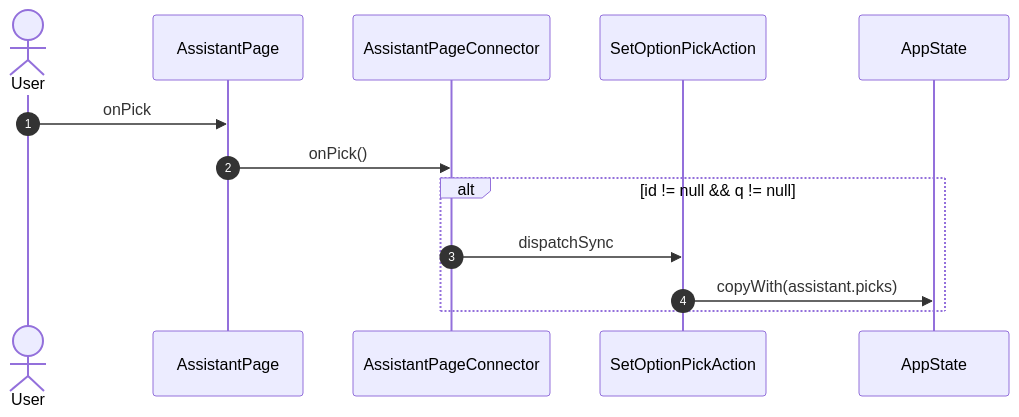
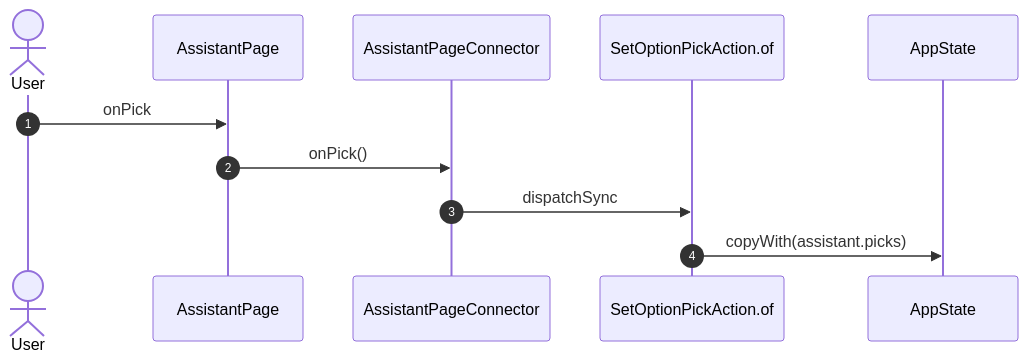
Before and after one commit to gencto/wyrm: the second of 23 diagrams in studio/docs/flows/assistant.md, drawn with Mermaid. The commit also changed other lines of this file and 94 other files, not shown here.

First line of the commit message:
studio: assistant: typed wire, words in ui, one action per intent

````diff
--- a/studio/docs/flows/assistant.md
+++ b/studio/docs/flows/assistant.md
@@ -26,16 +26,14 @@
 ```mermaid
 sequenceDiagram
     autonumber
     actor User
     participant UI as AssistantPage
     participant VM as AssistantPageConnector
-    participant A1 as SetOptionPickAction
+    participant A1 as SetOptionPickAction.of
     participant ST as AppState
 
     User->>UI: onPick
     UI->>VM: onPick()
-    alt id != null && q != null
-        VM->>A1: dispatchSync
-        A1->>ST: copyWith(assistant.picks)
-    end
+    VM->>A1: dispatchSync
+    A1->>ST: copyWith(assistant.picks)
 ```
````
